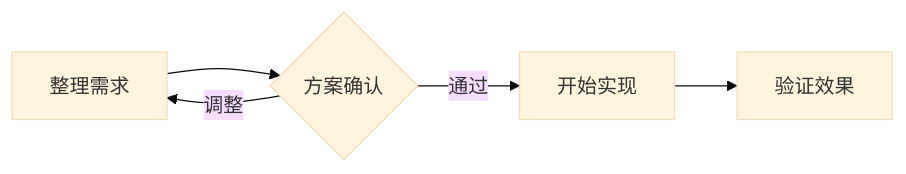
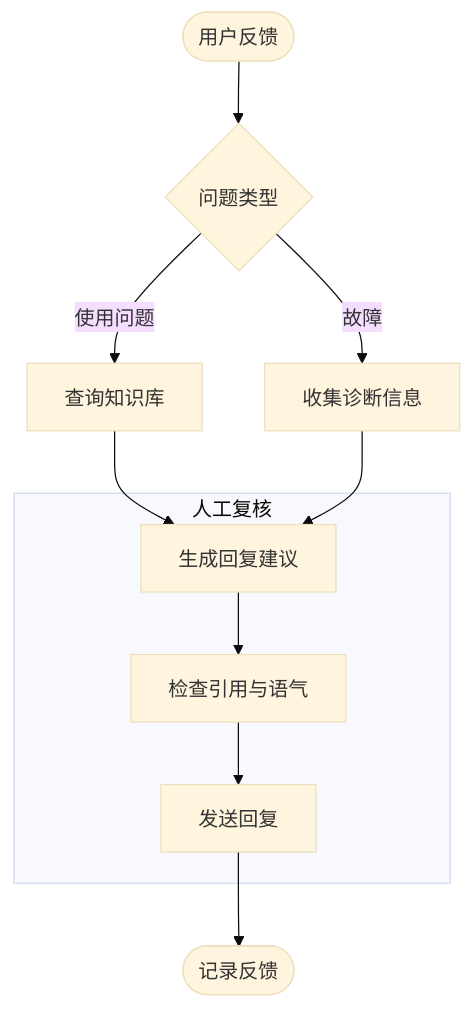
One commit to xiaoTN/mermaid-editor changed the diagram in README.md. Above: the diagram before and after it, drawn with Mermaid (base theme). The commit also changed other lines of this file and 3 other files, not shown here.

First line of the commit message:
重写 README：中英文双语说明与界面截图

````diff
--- a/README.md
+++ b/README.md
@@ -37,7 +43,13 @@
 ```mermaid
-flowchart LR
-  需求[整理需求] --> 方案{方案确认}
-  方案 -->|通过| 实现[开始实现]
-  方案 -->|调整| 需求
-  实现 --> 验证[验证效果]
+flowchart TD
+    A([用户反馈]) --> B{问题类型}
+    B -->|使用问题| C[查询知识库]
+    B -->|故障| D[收集诊断信息]
+    C --> E[生成回复建议]
+    D --> E
+    subgraph 人工复核
+      E --> F[检查引用与语气]
+      F --> G[发送回复]
+    end
+    G --> H([记录反馈])
 ```
````
